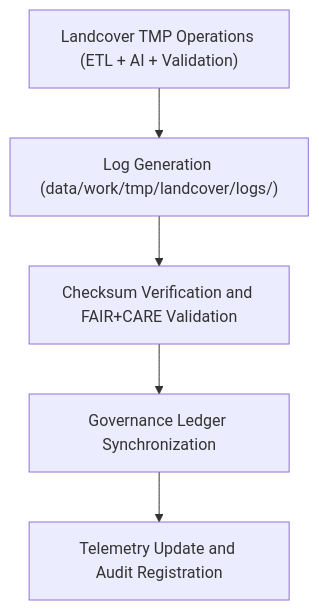
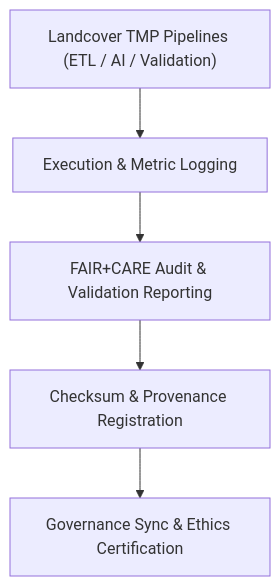
The diagram in data/work/tmp/landcover/logs/README.md (bartytime4life/Kansas-Frontier-Matrix), drawn with Mermaid before and after one commit. The commit also changed other lines of this file, not shown here.

````diff
--- a/data/work/tmp/landcover/logs/README.md
+++ b/data/work/tmp/landcover/logs/README.md
@@ -75,7 +64,7 @@
 ```mermaid
 flowchart TD
-    A["Landcover TMP Operations (ETL + AI + Validation)"] --> B["Log Generation (data/work/tmp/landcover/logs/)"]
-    B --> C["Checksum Verification and FAIR+CARE Validation"]
-    C --> D["Governance Ledger Synchronization"]
-    D --> E["Telemetry Update and Audit Registration"]
+    A["Landcover TMP Pipelines (ETL / AI / Validation)"] --> B["Execution & Metric Logging"]
+    B --> C["FAIR+CARE Audit & Validation Reporting"]
+    C --> D["Checksum & Provenance Registration"]
+    D --> E["Governance Sync & Ethics Certification"]
 ```
````
